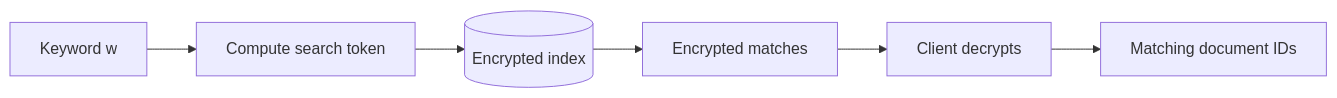
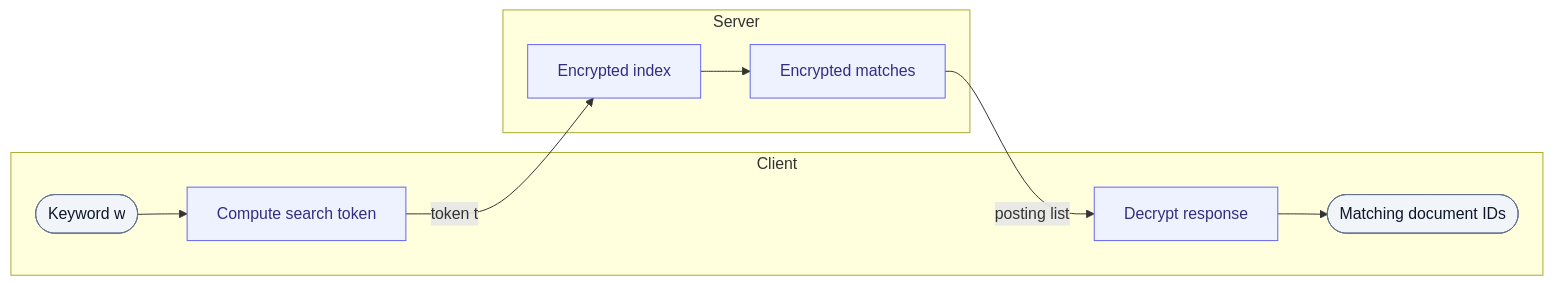
Before and after one commit to testoupr/testoupr.github.io: the second of 2 diagrams in _posts/2026-08-10-sirap.md, drawn with Mermaid. The commit also changed other lines of this file, not shown here.

Commit message:
SIRAP post: nicer SSE flowcharts (Client/Server zones, shapes, index no longer a cylinder)

````diff
--- a/_posts/2026-08-10-sirap.md
+++ b/_posts/2026-08-10-sirap.md
@@ -84,8 +97,17 @@
 ```mermaid
 flowchart LR
-    W[Keyword w] --> T[Compute search token]
-    T --> DB[(Encrypted index)]
-    DB --> L[Encrypted matches]
-    L --> C[Client decrypts]
-    C --> R[Matching document IDs]
+  subgraph Client
+    W([Keyword w]) --> T[Compute search token]
+    C[Decrypt response] --> R([Matching document IDs])
+  end
+  subgraph Server
+    IDX[Encrypted index] --> MATCH[Encrypted matches]
+  end
+  T -- token t --> IDX
+  MATCH -- posting list --> C
+
+  classDef enc fill:#eef2ff,stroke:#6366f1,color:#312e81;
+  classDef io fill:#f1f5f9,stroke:#64748b,color:#0f172a;
+  class T,C,IDX,MATCH enc;
+  class W,R io;
 ```
````
